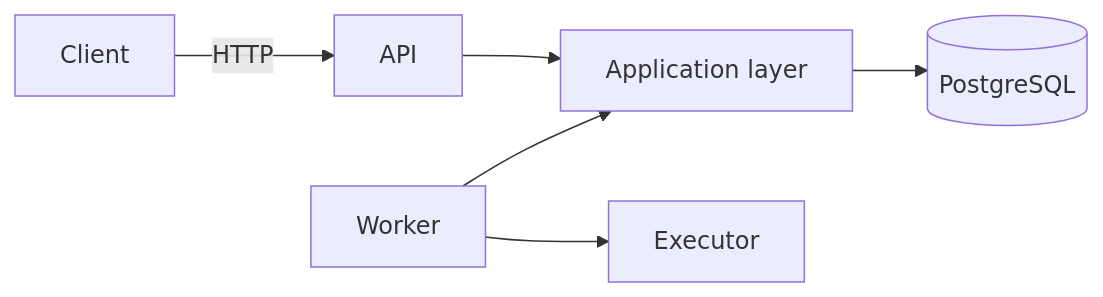
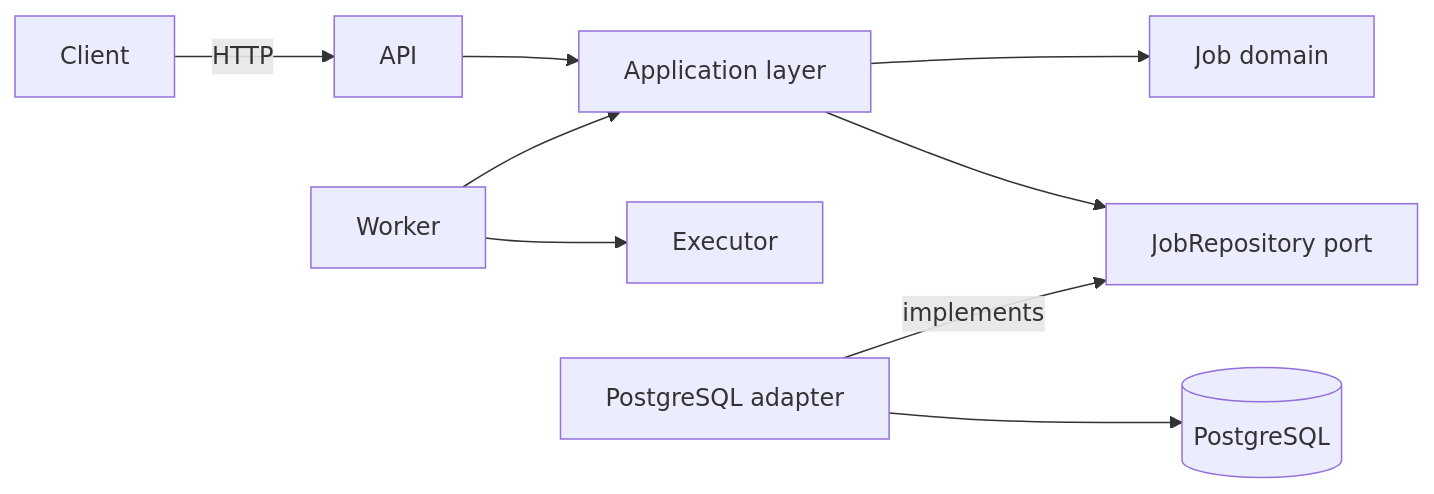
The first of 3 diagrams in docs/project-context.md (LeezyWannaFall/GoreFlow), drawn with Mermaid before and after one commit. The commit also changed other lines of this file, not shown here.

Commit message:
docs: update application layer context

````diff
--- a/docs/project-context.md
+++ b/docs/project-context.md
@@ -63,8 +63,11 @@
 ```mermaid
 flowchart LR
     Client -->|HTTP| API
     API --> Application[Application layer]
     Worker --> Application
     Worker --> Executor
-    Application --> PostgreSQL[(PostgreSQL)]
+    Application --> Domain[Job domain]
+    Application --> Port[JobRepository port]
+    PostgreSQLAdapter[PostgreSQL adapter] -->|implements| Port
+    PostgreSQLAdapter --> PostgreSQL[(PostgreSQL)]
 ```
````
